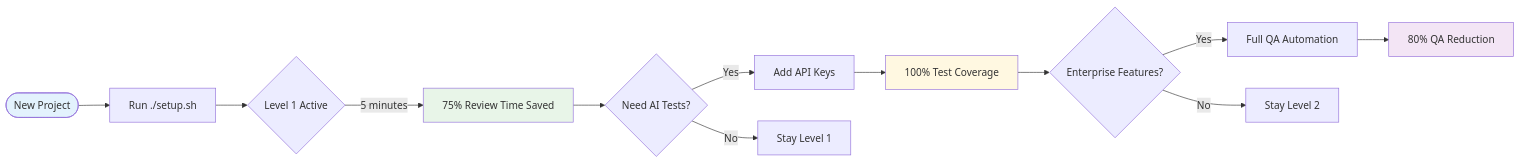
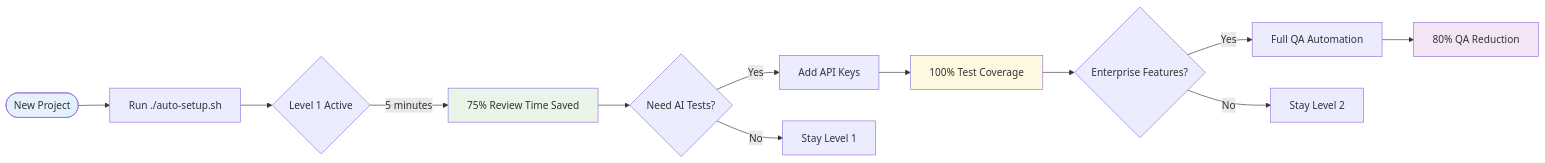
The second of 2 diagrams in docs/architecture-simplified.md (nydamon/ai-sdlc-docs), drawn with Mermaid before and after one commit. The commit also changed other lines of this file and 29 other files, not shown here.

````diff
--- a/docs/architecture-simplified.md
+++ b/docs/architecture-simplified.md
@@ -43,22 +43,22 @@
 ```mermaid
 flowchart LR
-    Start([New Project]) --> Setup[Run ./setup.sh]
+    Start([New Project]) --> Setup[Run ./auto-setup.sh]
     Setup --> Level1{Level 1 Active}
     Level1 -->|5 minutes| Benefits1[75% Review Time Saved]
 
     Benefits1 --> Upgrade1{Need AI Tests?}
     Upgrade1 -->|Yes| Level2[Add API Keys]
     Upgrade1 -->|No| Stay1[Stay Level 1]
 
     Level2 --> Benefits2[100% Test Coverage]
     Benefits2 --> Upgrade2{Enterprise Features?}
     Upgrade2 -->|Yes| Level3[Full QA Automation]
     Upgrade2 -->|No| Stay2[Stay Level 2]
 
     Level3 --> Benefits3[80% QA Reduction]
 
     style Start fill:#e3f2fd
     style Benefits1 fill:#e8f5e8
     style Benefits2 fill:#fff8e1
     style Benefits3 fill:#f3e5f5
 ```
````
